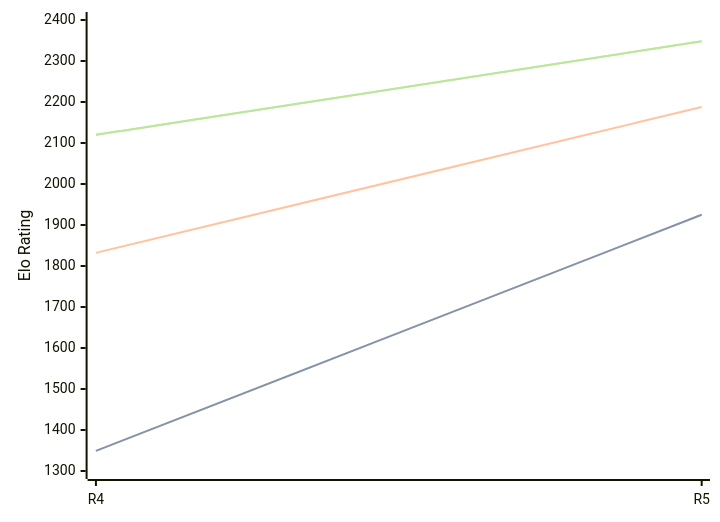
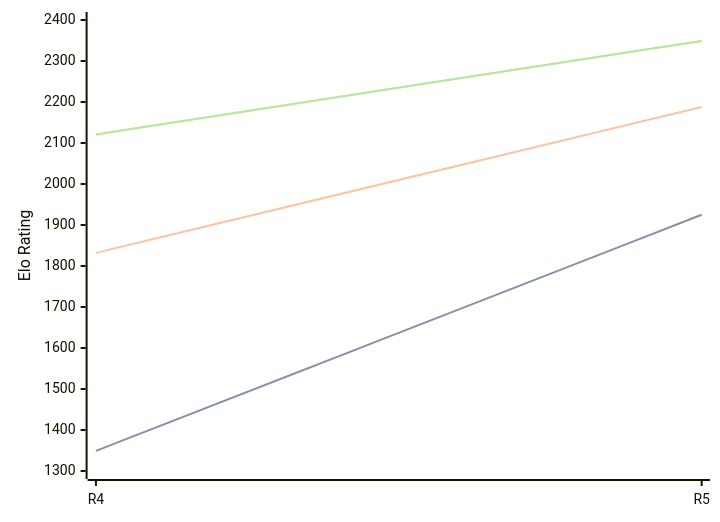
The diagram in engines/Viking.md (computer-chess-index/cci), drawn with Mermaid before and after one commit. The commit also changed other lines of this file, not shown here.

Commit message:
Update CCI Ratings (ELO VLTC) - 2026-09-16

````diff
--- a/engines/Viking.md
+++ b/engines/Viking.md
@@ -35,11 +35,11 @@
 ```mermaid
 %%{init: {"theme":"base","themeVariables":{"seriesColors:['#a3a3a3','#222221','#faa371']}}}%%
 xychart-beta
   x-axis ["R4", "R5"]
   y-axis "Elo Rating" 1300 --> 2400
   line "" [1349, 1925]
   line "STC (8.0+0.08s)" [1349, 1925]
   line "LTC (60.0+0.60s)" [1832, 2188]
-  line "" [2120, 2348]
-  line "VLTC (2m24s+1.12s)" [2120, 2348]
+  line "" [2121, 2349]
+  line "VLTC (2m24s+1.12s)" [2121, 2349]
 ```
````
